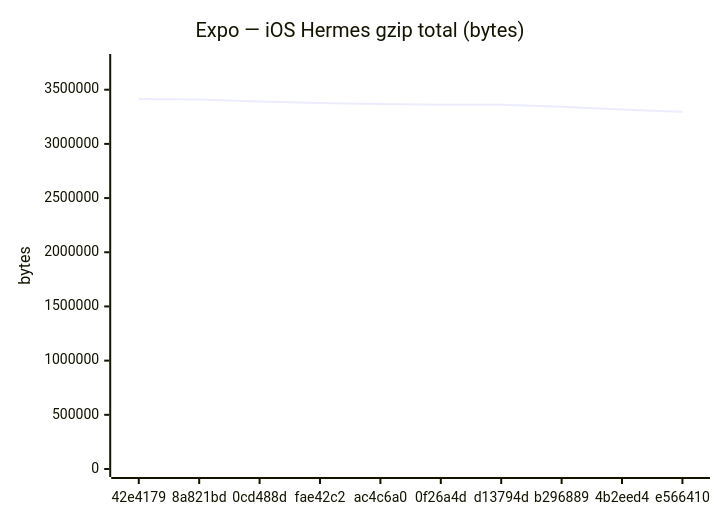
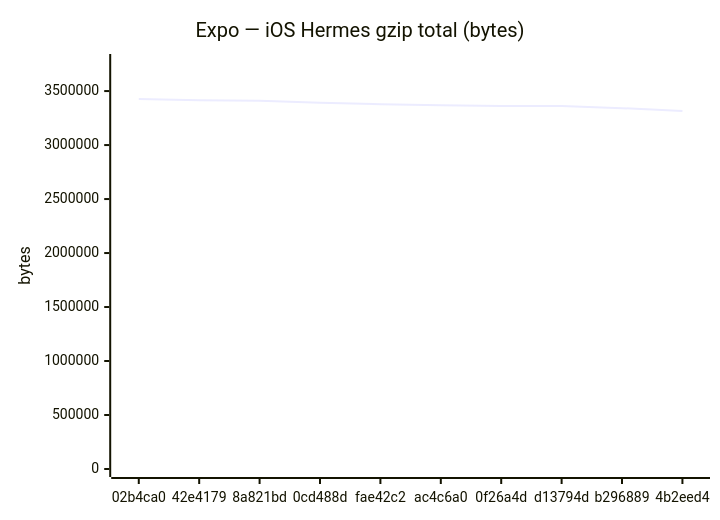
Before and after one commit to Metaheurist/Rianell: the sixth of 18 diagrams in benchmarks/compare.md, drawn with Mermaid. The commit also changed other lines of this file and 11 other files, not shown here.

````diff
--- a/benchmarks/compare.md
+++ b/benchmarks/compare.md
@@ -96,7 +96,7 @@
 ```mermaid
 xychart-beta
     title "Expo — iOS Hermes gzip total (bytes)"
-    x-axis ["42e4179", "8a821bd", "0cd488d", "fae42c2", "ac4c6a0", "0f26a4d", "d13794d", "b296889", "4b2eed4", "e566410"]
-    y-axis "bytes" 0 --> 3755682
-    line [3414256, 3409221, 3391123, 3378280, 3368083, 3360774, 3360776, 3341646, 3316545, 3297734]
+    x-axis ["02b4ca0", "42e4179", "8a821bd", "0cd488d", "fae42c2", "ac4c6a0", "0f26a4d", "d13794d", "b296889", "4b2eed4"]
+    y-axis "bytes" 0 --> 3769219
+    line [3426562, 3414256, 3409221, 3391123, 3378280, 3368083, 3360774, 3360776, 3341646, 3316545]
 ```
````
